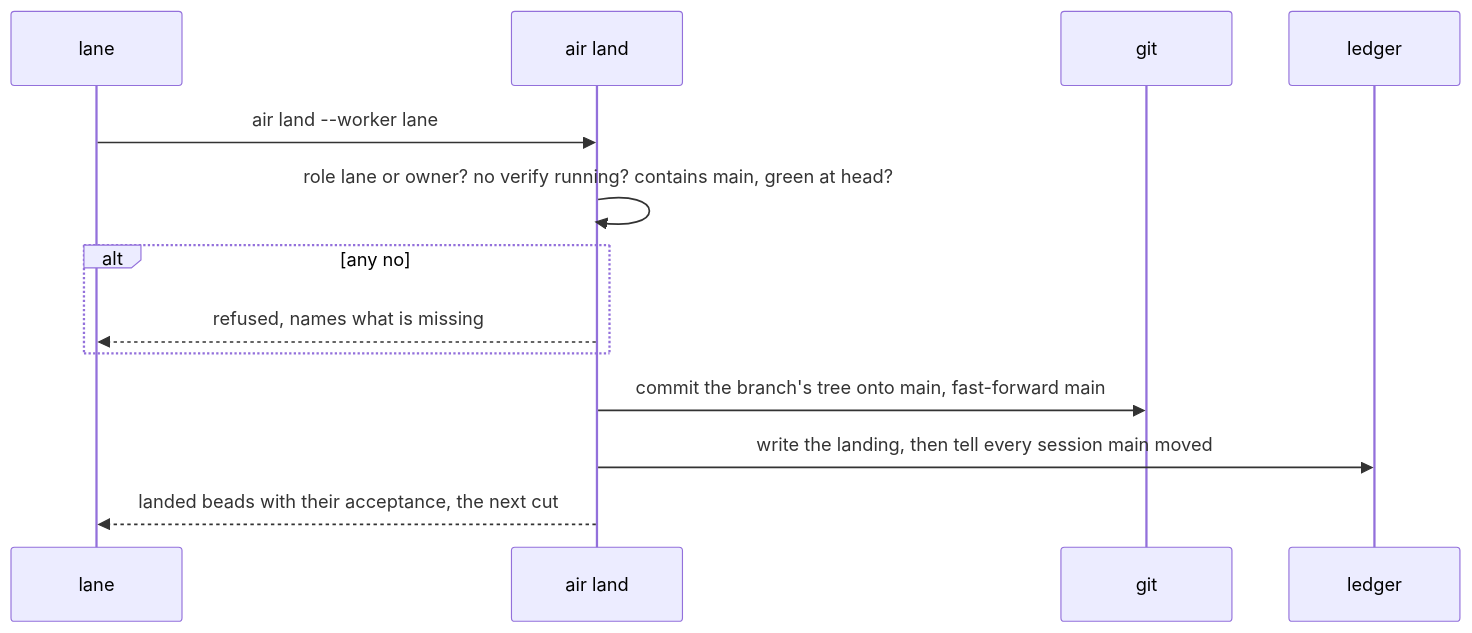
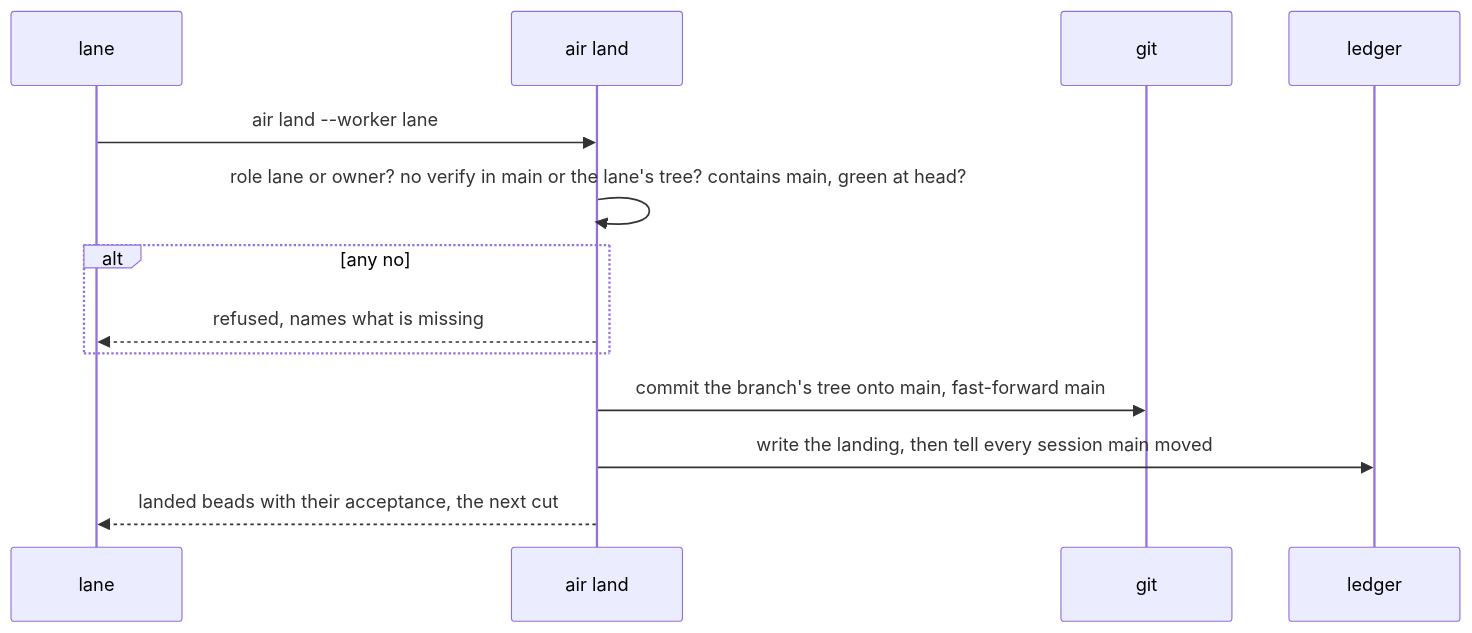
Before and after one commit to AJTJ/airunner: the sixth of 8 diagrams in docs/design.md, drawn with Mermaid. The commit also changed other lines of this file and 1 other file, not shown here.

````diff
--- a/docs/design.md
+++ b/docs/design.md
@@ -337,15 +340,15 @@
 ```mermaid
 sequenceDiagram
   participant C as lane
   participant A as air land
   participant G as git
   participant L as ledger
   C->>A: air land --worker lane
-  A->>A: role lane or owner? no verify running? contains main, green at head?
+  A->>A: role lane or owner? no verify in main or the lane's tree? contains main, green at head?
   alt any no
     A-->>C: refused, names what is missing
   end
   A->>G: commit the branch's tree onto main, fast-forward main
   A->>L: write the landing, then tell every session main moved
   A-->>C: landed beads with their acceptance, the next cut
 ```
````
